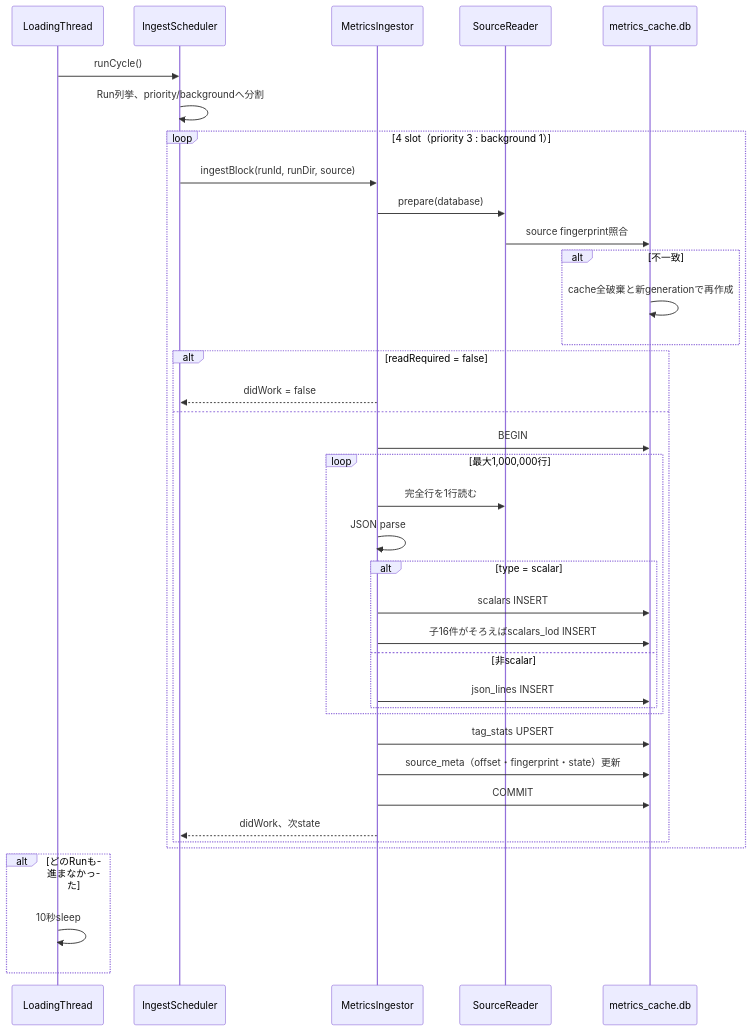
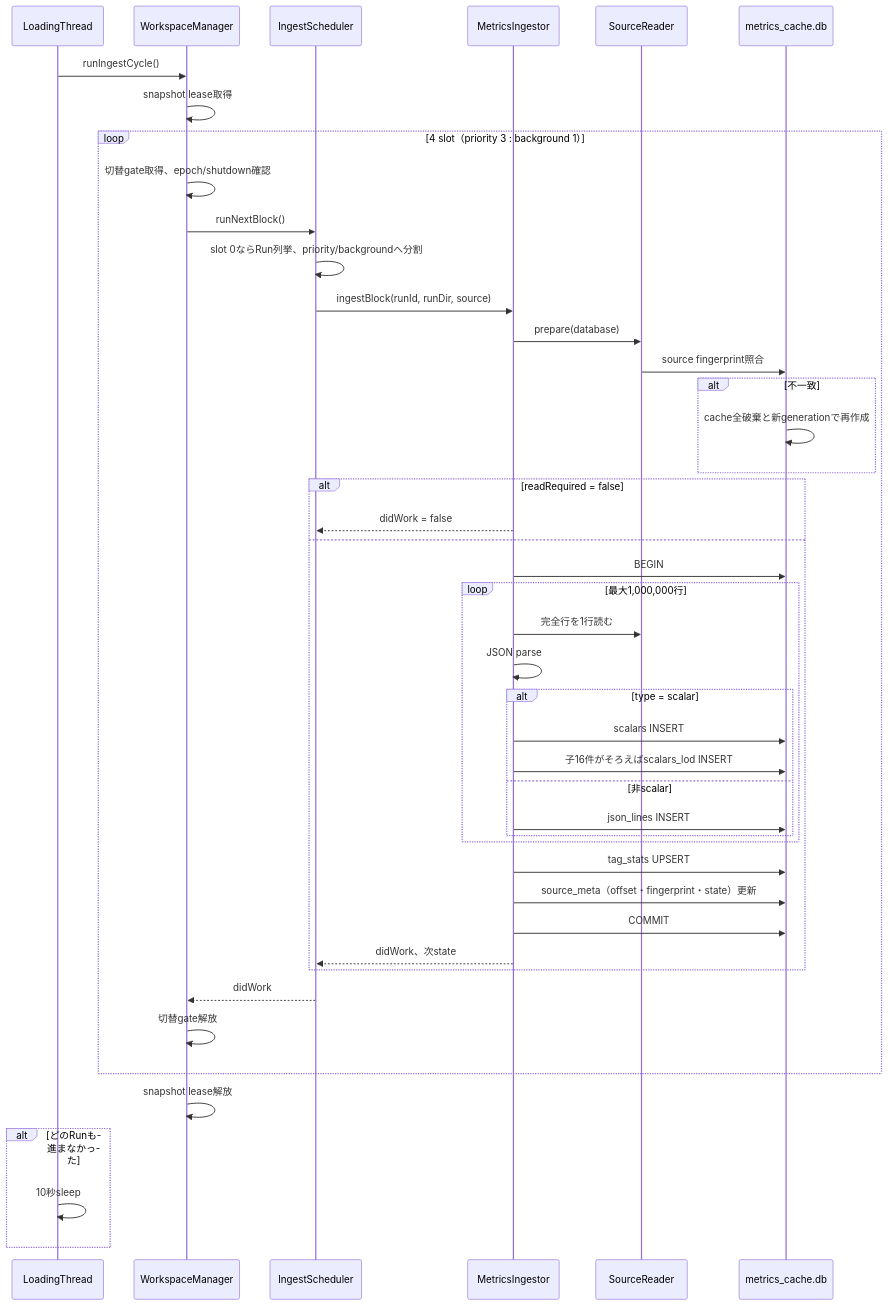
The third of 5 diagrams in docs/design/210_metrics_viewer.jp.md (kazukin123/anet-lab), drawn with Mermaid before and after one commit. The commit also changed other lines of this file and 52 other files, not shown here.

````diff
--- a/docs/design/210_metrics_viewer.jp.md
+++ b/docs/design/210_metrics_viewer.jp.md
@@ -355,41 +364,48 @@
 ```mermaid
 sequenceDiagram
     participant L as LoadingThread
+    participant W as WorkspaceManager
     participant S as IngestScheduler
     participant I as MetricsIngestor
     participant R as SourceReader
     participant D as metrics_cache.db
 
-    L->>S: runCycle()
-    S->>S: Run列挙、priority/backgroundへ分割
+    L->>W: runIngestCycle()
+    W->>W: snapshot lease取得
     loop 4 slot（priority 3 : background 1）
+        W->>W: 切替gate取得、epoch/shutdown確認
+        W->>S: runNextBlock()
+        S->>S: slot 0ならRun列挙、priority/backgroundへ分割
         S->>I: ingestBlock(runId, runDir, source)
         I->>R: prepare(database)
         R->>D: source fingerprint照合
         alt 不一致
             D->>D: cache全破棄と新generationで再作成
         end
         alt readRequired = false
             I-->>S: didWork = false
         else
             I->>D: BEGIN
             loop 最大1,000,000行
                 I->>R: 完全行を1行読む
                 I->>I: JSON parse
                 alt type = scalar
                     I->>D: scalars INSERT
                     I->>D: 子16件がそろえばscalars_lod INSERT
                 else 非scalar
                     I->>D: json_lines INSERT
                 end
             end
             I->>D: tag_stats UPSERT
             I->>D: source_meta（offset・fingerprint・state）更新
             I->>D: COMMIT
             I-->>S: didWork、次state
         end
+        S-->>W: didWork
+        W->>W: 切替gate解放
     end
+    W->>W: snapshot lease解放
     alt どのRunも進まなかった
         L->>L: 10秒sleep
     end
 ```
````
